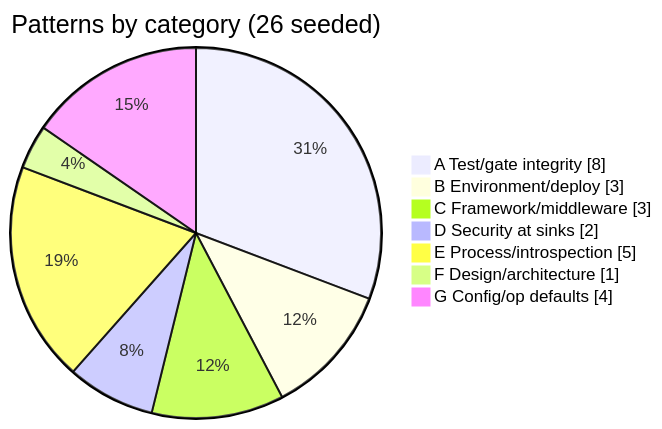
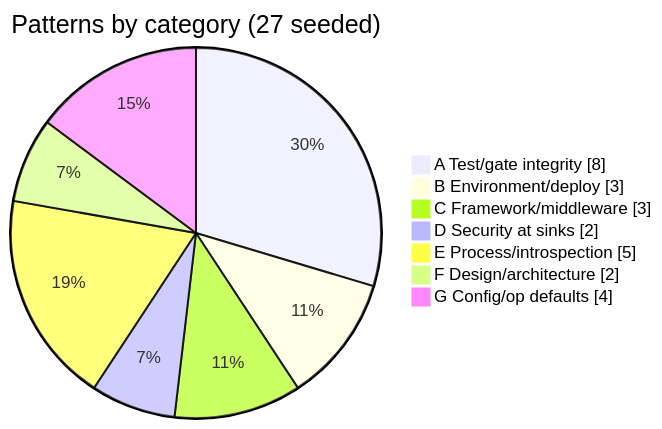
One commit to pranems/SCIMServer changed the second of 2 diagrams in docs/strategy/ENGINEERING_LESSONS_AND_PATTERNS.md. Above: the diagram before and after it, drawn with Mermaid. The commit also changed other lines of this file and 57 other files, not shown here.

````diff
--- a/docs/strategy/ENGINEERING_LESSONS_AND_PATTERNS.md
+++ b/docs/strategy/ENGINEERING_LESSONS_AND_PATTERNS.md
@@ -92,11 +92,11 @@
 ```mermaid
 pie showData
-    title Patterns by category (26 seeded)
+    title Patterns by category (27 seeded)
     "A Test/gate integrity" : 8
     "B Environment/deploy" : 3
     "C Framework/middleware" : 3
     "D Security at sinks" : 2
     "E Process/introspection" : 5
-    "F Design/architecture" : 1
+    "F Design/architecture" : 2
     "G Config/op defaults" : 4
 ```
````
